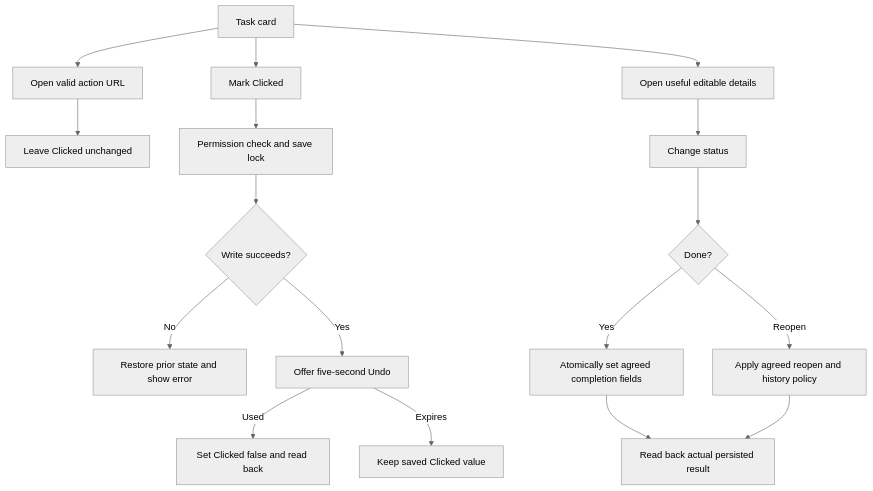
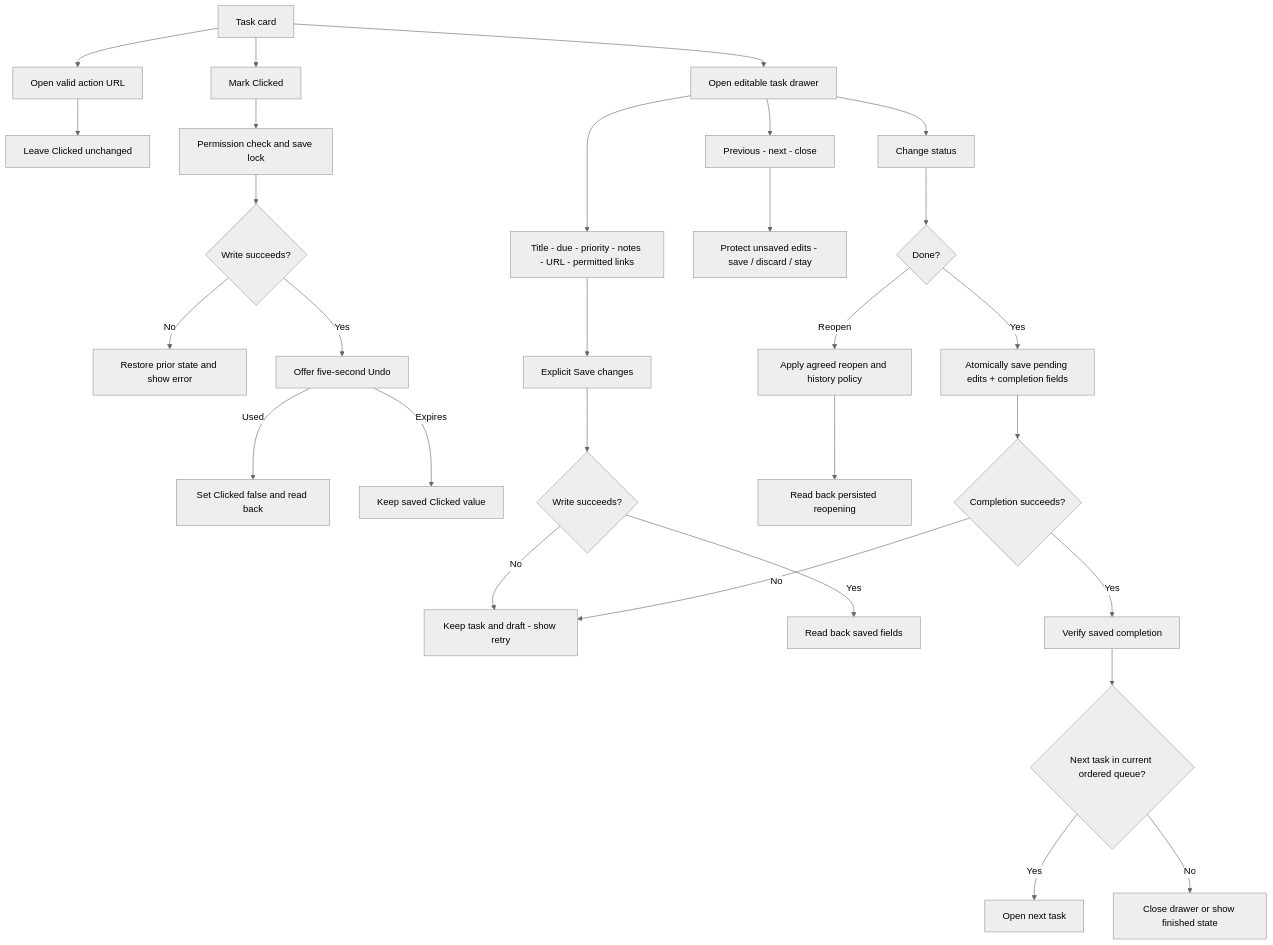
The diagram in diagrams/04-task-actions.mmd (asymetryk/trapper-keeper-starter), drawn with Mermaid (neutral theme) before and after one commit. The commit also changed 26 other files, not shown here.

Commit message:
Document persistent binder configuration and task and journal flows

```diff
--- a/diagrams/04-task-actions.mmd
+++ b/diagrams/04-task-actions.mmd
@@ -1,17 +1,29 @@
 flowchart TD
   Card[Task card] --> Open[Open valid action URL]
   Open --> Unchanged[Leave Clicked unchanged]
   Card --> Click[Mark Clicked]
   Click --> Lock[Permission check and save lock]
   Lock --> Save{Write succeeds?}
   Save -->|No| Restore[Restore prior state and show error]
   Save -->|Yes| Undo[Offer five-second Undo]
   Undo -->|Used| Reset[Set Clicked false and read back]
   Undo -->|Expires| Keep[Keep saved Clicked value]
-  Card --> Details[Open useful editable details]
+  Card --> Details[Open editable task drawer]
+  Details --> Fields[Title - due - priority - notes - URL - permitted links]
+  Fields --> Explicit[Explicit Save changes]
+  Explicit --> FieldResult{Write succeeds?}
+  FieldResult -->|No| Draft[Keep task and draft - show retry]
+  FieldResult -->|Yes| Saved[Read back saved fields]
+  Details --> Navigate[Previous - next - close]
+  Navigate --> Guard[Protect unsaved edits - save / discard / stay]
   Details --> Status[Change status]
   Status --> Done{Done?}
-  Done -->|Yes| Complete[Atomically set agreed completion fields]
+  Done -->|Yes| Complete[Atomically save pending edits + completion fields]
   Done -->|Reopen| Reopen[Apply agreed reopen and history policy]
-  Complete --> Verify[Read back actual persisted result]
-  Reopen --> Verify
+  Reopen --> Verify[Read back persisted reopening]
+  Complete --> Result{Completion succeeds?}
+  Result -->|No| Draft
+  Result -->|Yes| CompletionReadback[Verify saved completion]
+  CompletionReadback --> Queue{Next task in current ordered queue?}
+  Queue -->|Yes| Next[Open next task]
+  Queue -->|No| Finished[Close drawer or show finished state]
```
